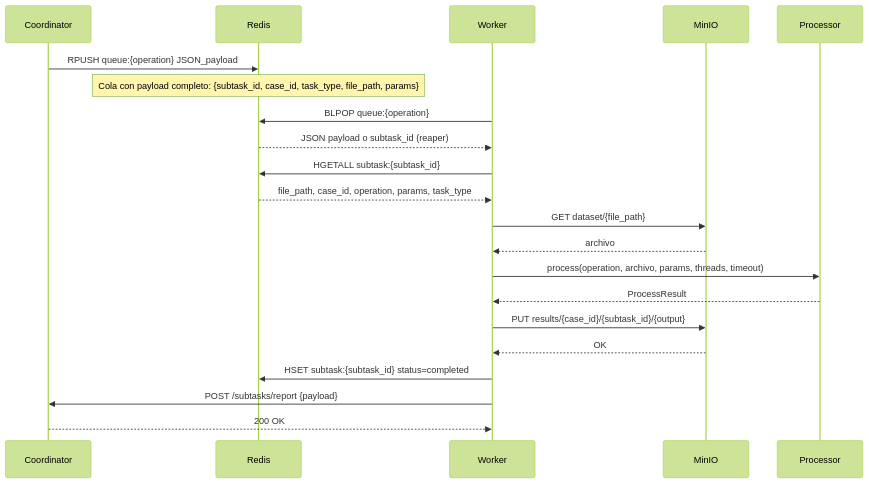
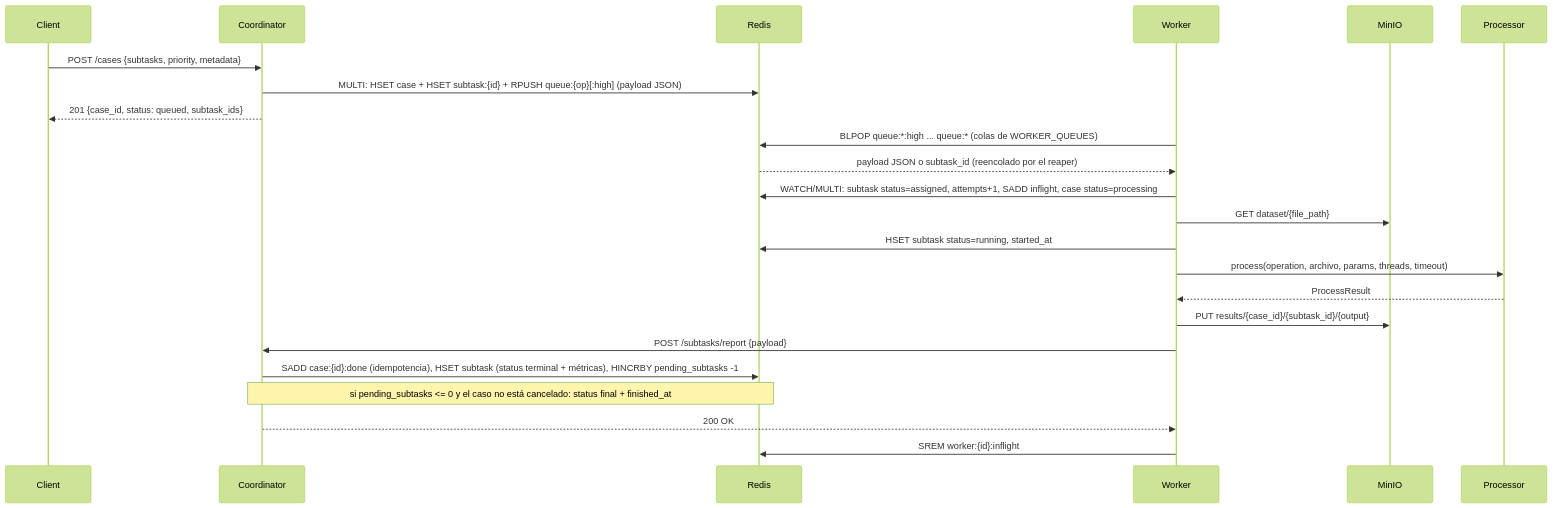
The first of 3 diagrams in docs/WORKER_CONTRACT.md (nahum0804/distributed-processing-platform), drawn with Mermaid (forest theme) before and after one commit. The commit also changed other lines of this file and 7 other files, not shown here.

````diff
--- a/docs/WORKER_CONTRACT.md
+++ b/docs/WORKER_CONTRACT.md
@@ -11,31 +14,29 @@
 ```mermaid
 sequenceDiagram
+    participant Client
     participant Coordinator
     participant Redis
     participant Worker
     participant MinIO
     participant Processor
 
-    Coordinator->>Redis: RPUSH queue:{operation} JSON_payload
-    Note over Redis: Cola con payload completo: {subtask_id, case_id, task_type, file_path, params}
-    
-    Worker->>Redis: BLPOP queue:{operation}
-    Redis-->>Worker: JSON payload o subtask_id (reaper)
-    
-    Worker->>Redis: HGETALL subtask:{subtask_id}
-    Redis-->>Worker: file_path, case_id, operation, params, task_type
-    
+    Client->>Coordinator: POST /cases {subtasks, priority, metadata}
+    Coordinator->>Redis: MULTI: HSET case + HSET subtask:{id} + RPUSH queue:{op}[:high] (payload JSON)
+    Coordinator-->>Client: 201 {case_id, status: queued, subtask_ids}
+
+    Worker->>Redis: BLPOP queue:*:high ... queue:* (colas de WORKER_QUEUES)
+    Redis-->>Worker: payload JSON o subtask_id (reencolado por el reaper)
+
+    Worker->>Redis: WATCH/MULTI: subtask status=assigned, attempts+1, SADD inflight, case status=processing
     Worker->>MinIO: GET dataset/{file_path}
-    MinIO-->>Worker: archivo
-    
+    Worker->>Redis: HSET subtask status=running, started_at
     Worker->>Processor: process(operation, archivo, params, threads, timeout)
     Processor-->>Worker: ProcessResult
-    
     Worker->>MinIO: PUT results/{case_id}/{subtask_id}/{output}
-    MinIO-->>Worker: OK
-    
-    Worker->>Redis: HSET subtask:{subtask_id} status=completed
-    
+
     Worker->>Coordinator: POST /subtasks/report {payload}
+    Coordinator->>Redis: SADD case:{id}:done (idempotencia), HSET subtask (status terminal + métricas), HINCRBY pending_subtasks -1
+    Note over Coordinator,Redis: si pending_subtasks <= 0 y el caso no está cancelado: status final + finished_at
     Coordinator-->>Worker: 200 OK
+    Worker->>Redis: SREM worker:{id}:inflight
 ```
````
